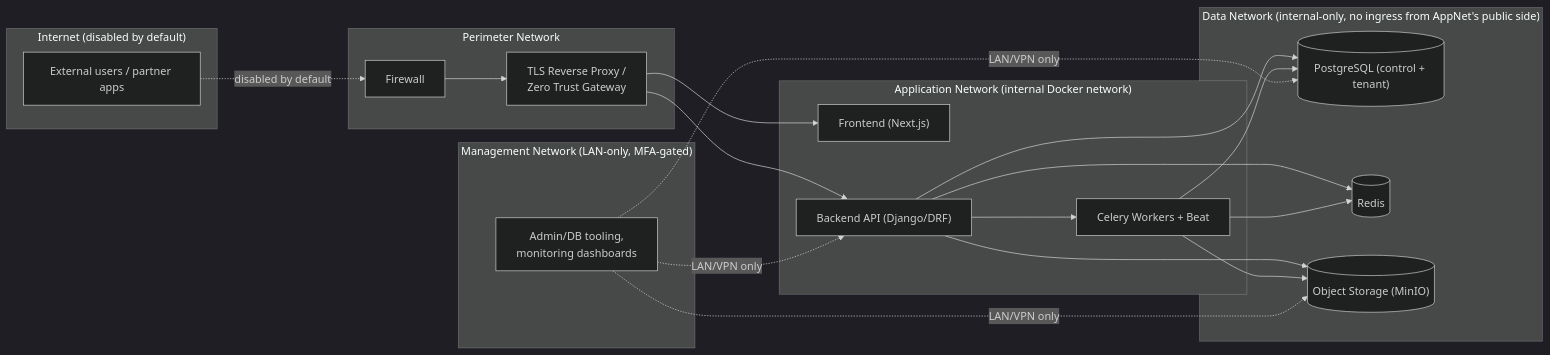
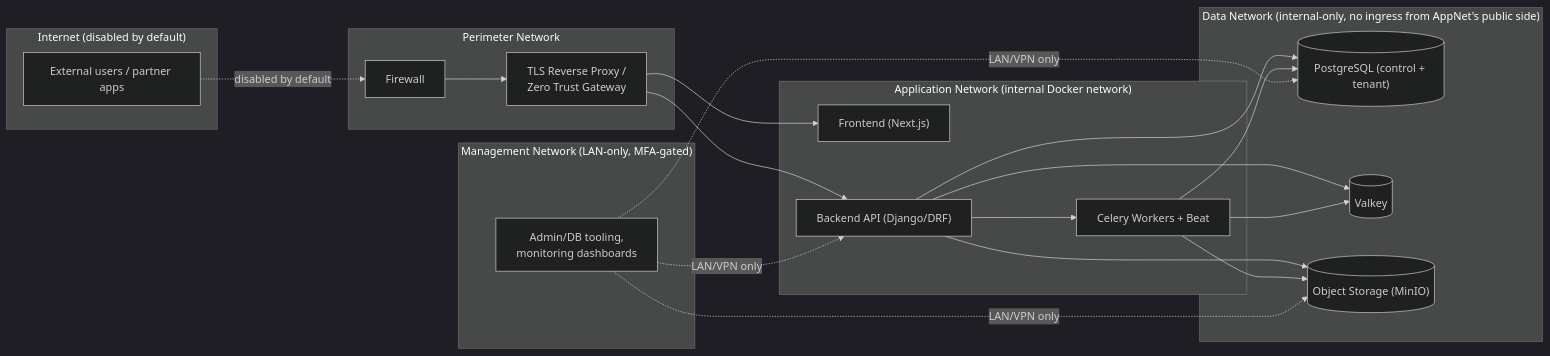
The second of 4 diagrams in docs/architecture/ARCHITECTURE.md (lamek-star/intra-cloude), drawn with Mermaid (dark theme) before and after one commit. The commit also changed other lines of this file and 97 other files, not shown here.

````diff
--- a/docs/architecture/ARCHITECTURE.md
+++ b/docs/architecture/ARCHITECTURE.md
@@ -100,42 +100,42 @@
 ```mermaid
 flowchart LR
     subgraph Internet["Internet (disabled by default)"]
         Ext["External users / partner apps"]
     end
 
     subgraph DMZ["Perimeter Network"]
         FW["Firewall"]
         RP["TLS Reverse Proxy /\nZero Trust Gateway"]
     end
 
     subgraph AppNet["Application Network (internal Docker network)"]
         Web["Frontend (Next.js)"]
         Api["Backend API (Django/DRF)"]
         Wrk["Celery Workers + Beat"]
     end
 
     subgraph DataNet["Data Network (internal-only, no ingress from AppNet's public side)"]
         Pg[("PostgreSQL (control + tenant)")]
-        Rd[("Redis")]
+        Rd[("Valkey")]
         Obj[("Object Storage (MinIO)")]
     end
 
     subgraph MgmtNet["Management Network (LAN-only, MFA-gated)"]
         Admin["Admin/DB tooling,\nmonitoring dashboards"]
     end
 
     Ext -.disabled by default.-> FW
     FW --> RP
     RP --> Web
     RP --> Api
     Api --> Wrk
     Api --> Pg
     Api --> Rd
     Api --> Obj
     Wrk --> Pg
     Wrk --> Rd
     Wrk --> Obj
     Admin -.LAN/VPN only.-> Pg
     Admin -.LAN/VPN only.-> Obj
     Admin -.LAN/VPN only.-> Api
 ```
````
